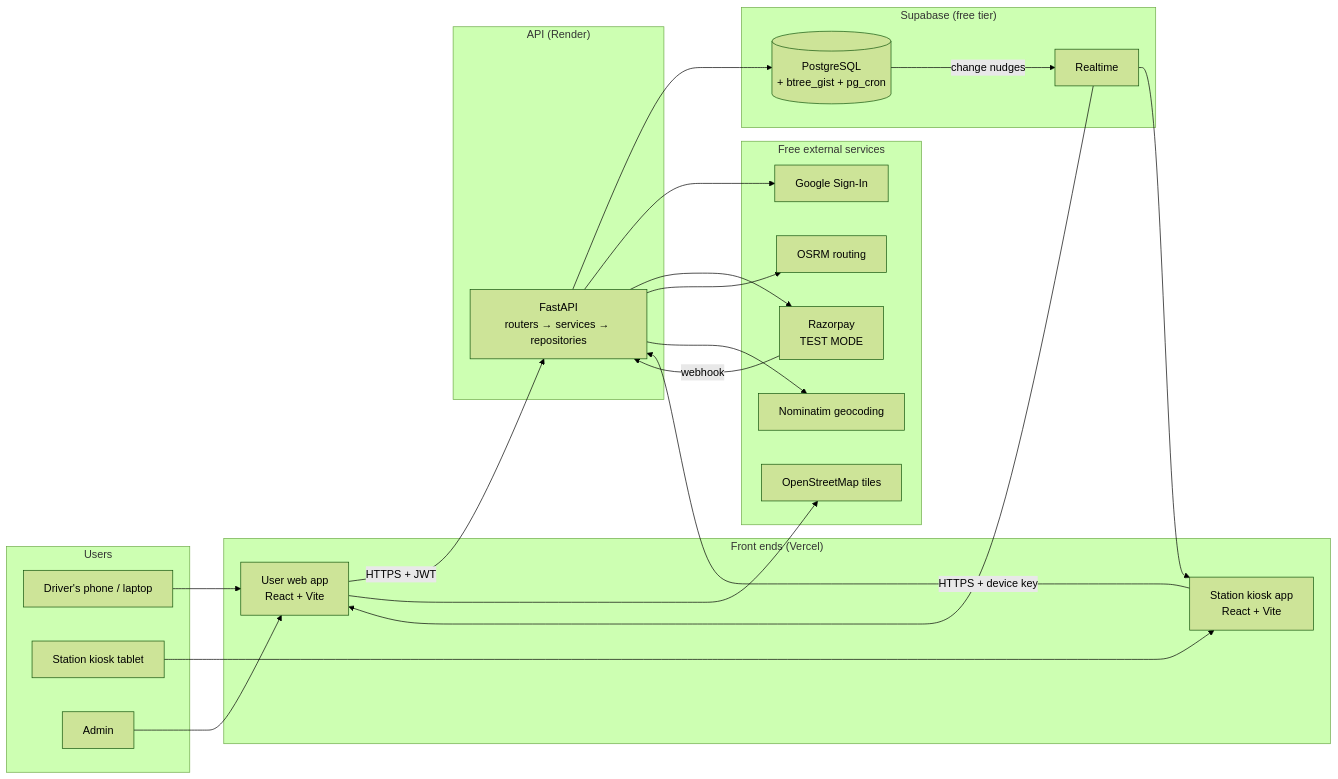
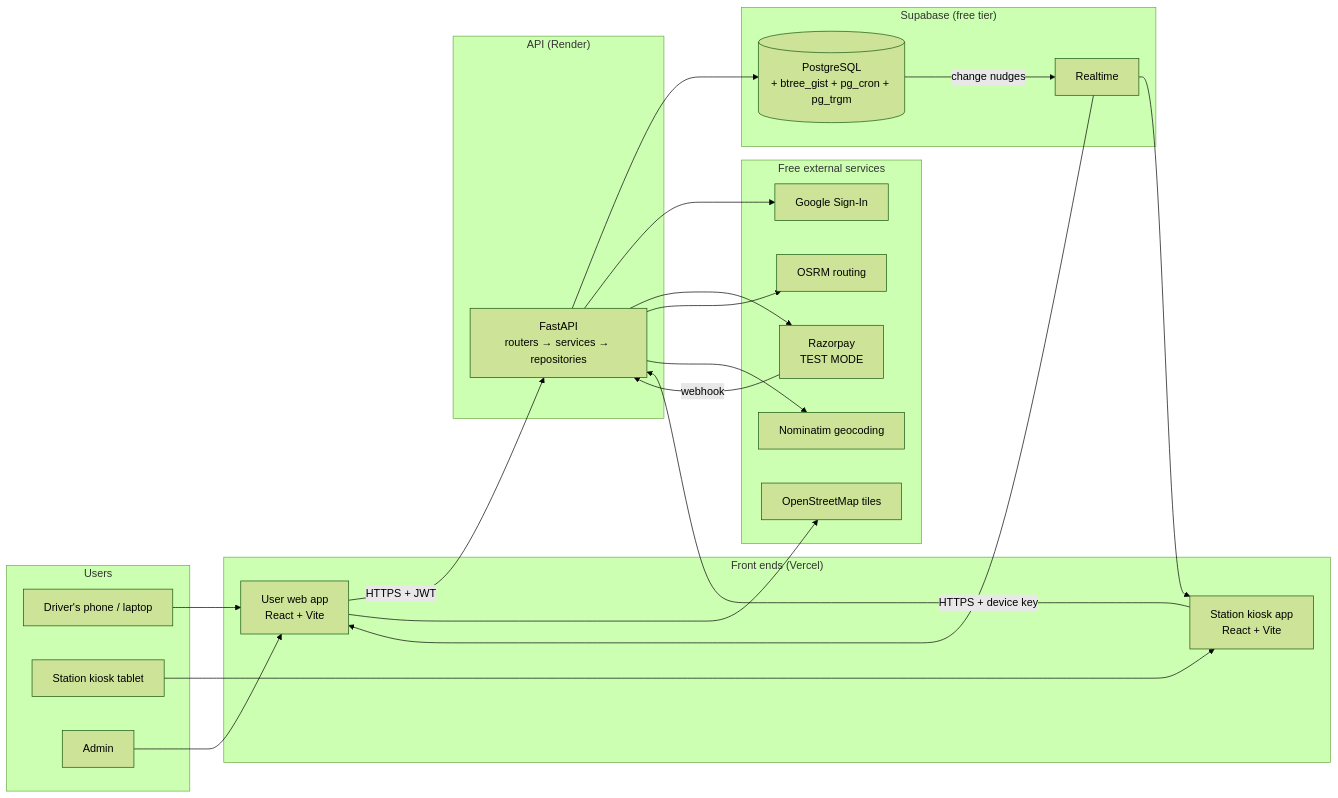
One commit to MeetChaniyara7/ChargeIT changed the first of 5 diagrams in docs/architecture.md. Above: the diagram before and after it, drawn with Mermaid (forest theme). The commit also changed other lines of this file and 92 other files, not shown here.

````diff
--- a/docs/architecture.md
+++ b/docs/architecture.md
@@ -35,46 +35,46 @@
 ```mermaid
 flowchart LR
     subgraph Users
         U[Driver's phone / laptop]
         K[Station kiosk tablet]
         A[Admin]
     end
 
     subgraph Frontends["Front ends (Vercel)"]
         W[User web app<br/>React + Vite]
         KA[Station kiosk app<br/>React + Vite]
     end
 
     subgraph Backend["API (Render)"]
         API[FastAPI<br/>routers → services → repositories]
     end
 
     subgraph Supabase["Supabase (free tier)"]
-        DB[(PostgreSQL<br/>+ btree_gist + pg_cron)]
+        DB[(PostgreSQL<br/>+ btree_gist + pg_cron + pg_trgm)]
         RT[Realtime]
     end
 
     subgraph External["Free external services"]
         G[Google Sign-In]
         RZ[Razorpay<br/>TEST MODE]
         OSRM[OSRM routing]
         NOM[Nominatim geocoding]
         TILES[OpenStreetMap tiles]
     end
 
     U --> W
     A --> W
     K --> KA
     W -->|HTTPS + JWT| API
     KA -->|HTTPS + device key| API
     API --> DB
     DB -->|"change nudges"| RT
     RT --> W
     RT --> KA
     API --> G
     API --> RZ
     RZ -->|webhook| API
     API --> OSRM
     API --> NOM
     W --> TILES
 ```
````
